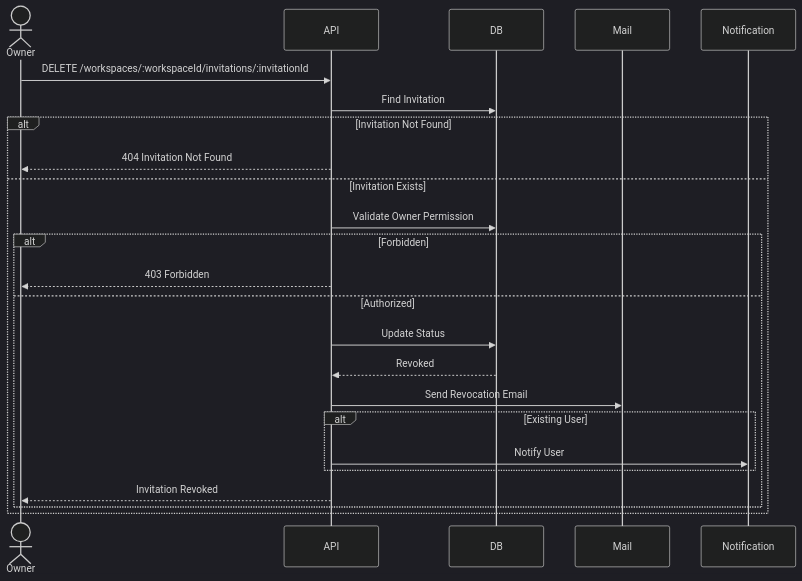
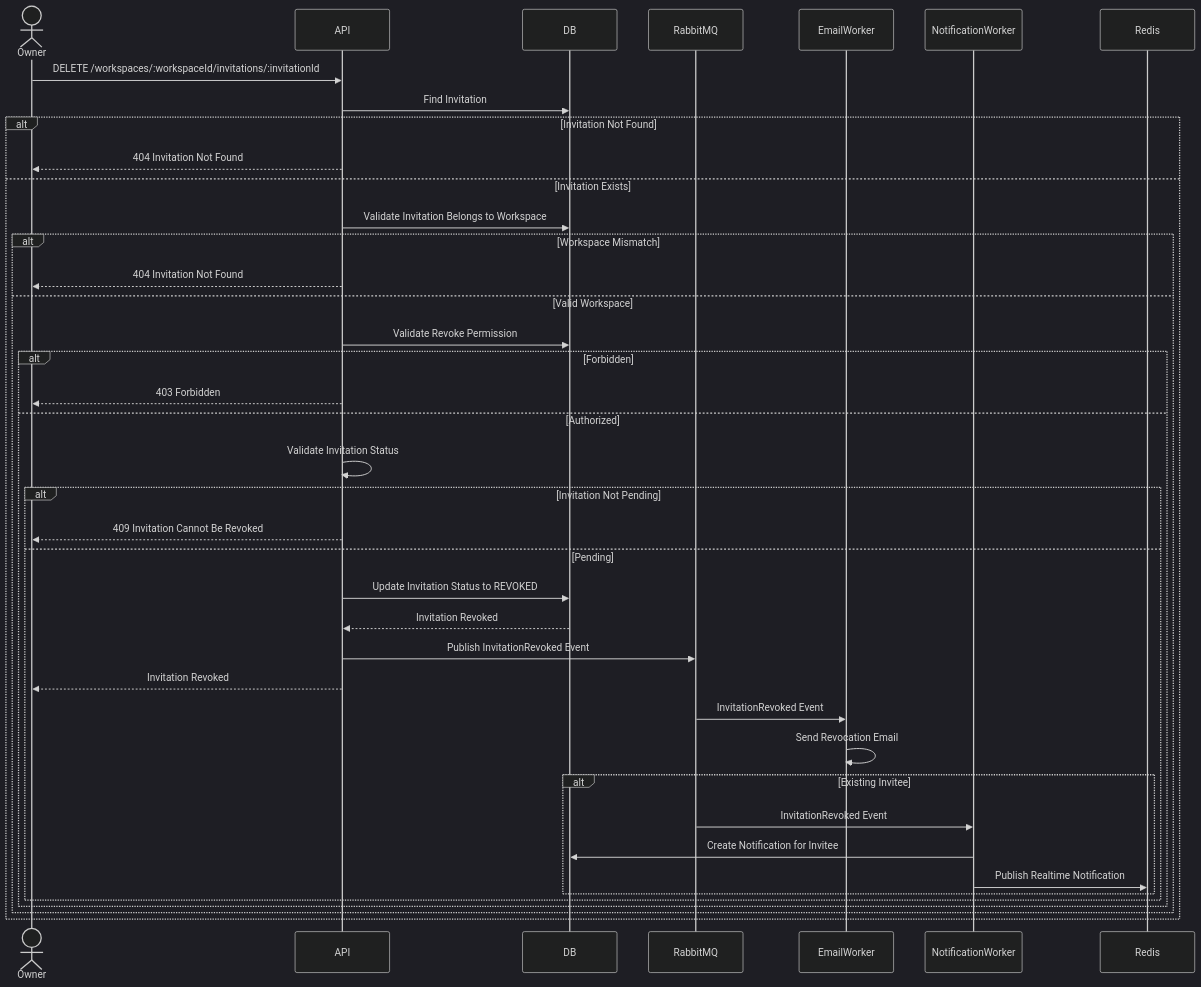
The sixth of 7 diagrams in docs/architecture/workspace-invitation/WorkspaceInvitation-Sequence.md (datnguyxn/LinkFlow), drawn with Mermaid (dark theme) before and after one commit. The commit also changed other lines of this file and 3 other files, not shown here.

Commit message:
docs: update architecture and API collections

````diff
--- a/docs/architecture/workspace-invitation/WorkspaceInvitation-Sequence.md
+++ b/docs/architecture/workspace-invitation/WorkspaceInvitation-Sequence.md
@@ -315,45 +407,72 @@
 ```mermaid
 sequenceDiagram
 
     actor Owner
     participant API
     participant DB
-    participant Mail
-    participant Notification
+    participant RabbitMQ
+    participant EmailWorker
+    participant NotificationWorker
+    participant Redis
 
     Owner->>API: DELETE /workspaces/:workspaceId/invitations/:invitationId
 
     API->>DB: Find Invitation
 
     alt Invitation Not Found
 
         API-->>Owner: 404 Invitation Not Found
 
     else Invitation Exists
 
-        API->>DB: Validate Owner Permission
+        API->>DB: Validate Invitation Belongs to Workspace
 
-        alt Forbidden
+        alt Workspace Mismatch
 
-            API-->>Owner: 403 Forbidden
+            API-->>Owner: 404 Invitation Not Found
 
-        else Authorized
+        else Valid Workspace
 
-            API->>DB: Update Status
+            API->>DB: Validate Revoke Permission
 
-            DB-->>API: Revoked
+            alt Forbidden
 
-            API->>Mail: Send Revocation Email
+                API-->>Owner: 403 Forbidden
 
-            alt Existing User
+            else Authorized
 
-                API->>Notification: Notify User
+                API->>API: Validate Invitation Status
+
+                alt Invitation Not Pending
+
+                    API-->>Owner: 409 Invitation Cannot Be Revoked
+
+                else Pending
+
+                    API->>DB: Update Invitation Status to REVOKED
+
+                    DB-->>API: Invitation Revoked
+
+                    API->>RabbitMQ: Publish InvitationRevoked Event
+
+                    API-->>Owner: Invitation Revoked
+
+                    RabbitMQ->>EmailWorker: InvitationRevoked Event
+                    EmailWorker->>EmailWorker: Send Revocation Email
+
+                    alt Existing Invitee
+
+                        RabbitMQ->>NotificationWorker: InvitationRevoked Event
+                        NotificationWorker->>DB: Create Notification for Invitee
+                        NotificationWorker->>Redis: Publish Realtime Notification
+
+                    end
+
+                end
 
             end
-
-            API-->>Owner: Invitation Revoked
 
         end
 
     end
 ```
````
